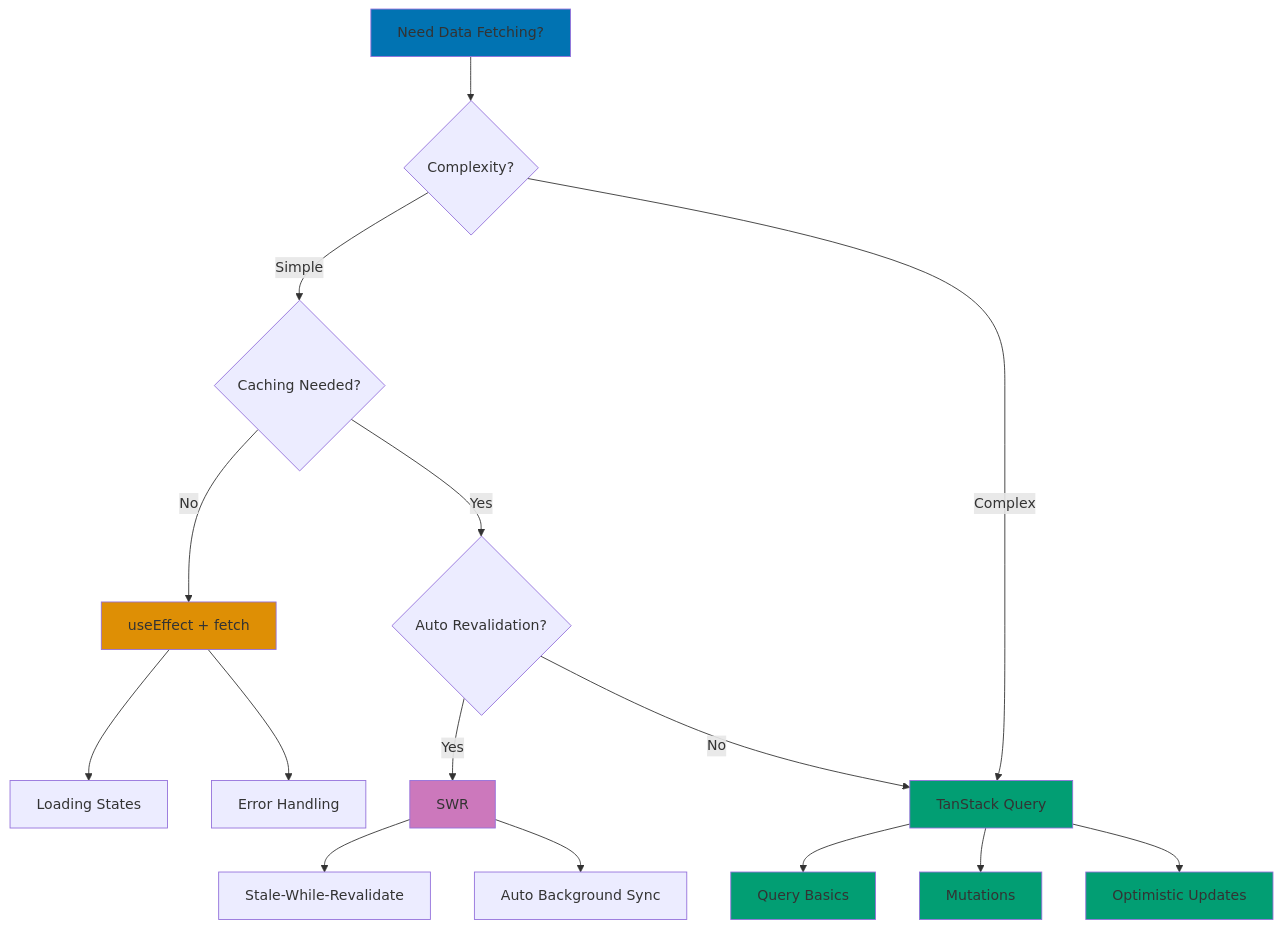
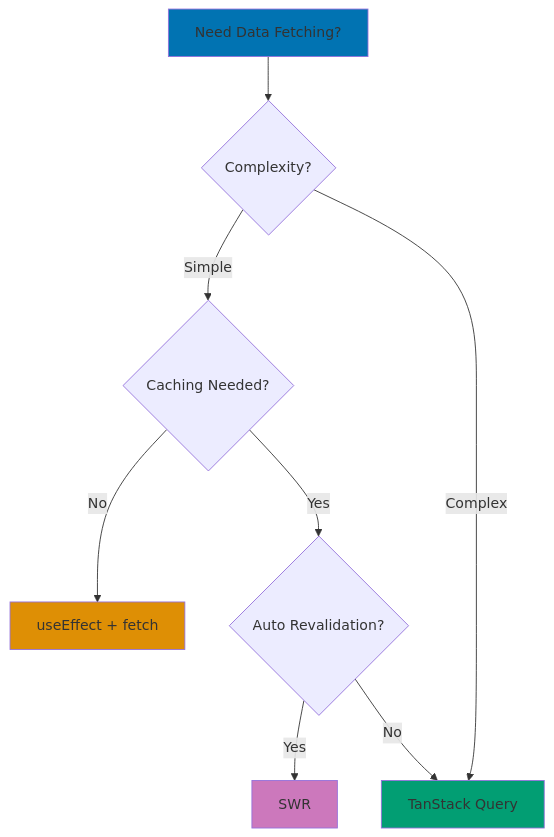
One commit to wahidyankf/ose-primer changed the first of 3 diagrams in docs/explanation/software-engineering/platform-web/tools/fe-react/data-fetching.md. Above: the diagram before and after it, drawn with Mermaid. The commit also changed other lines of this file and 7 other files, not shown here.

Commit message:
fix(docs): fix mermaid violations in fe-react/ docs (batch 6/10)

````diff
--- a/docs/explanation/software-engineering/platform-web/tools/fe-react/data-fetching.md
+++ b/docs/explanation/software-engineering/platform-web/tools/fe-react/data-fetching.md
@@ -42,34 +42,18 @@
 ```mermaid
 %% Color Palette: Blue #0173B2, Orange #DE8F05, Teal #029E73, Purple #CC78BC
 %% All colors are color-blind friendly and meet WCAG AA contrast standards
 
 graph TD
     A[Need Data Fetching?] --> B{Complexity?}
-
     B -->|Simple| C{Caching Needed?}
     B -->|Complex| D[TanStack Query]
-
     C -->|No| E[useEffect + fetch]
     C -->|Yes| F{Auto Revalidation?}
-
     F -->|Yes| G[SWR]
     F -->|No| D
-
-    D --> H[Query Basics]
-    D --> I[Mutations]
-    D --> J[Optimistic Updates]
-
-    E --> K[Loading States]
-    E --> L[Error Handling]
-
-    G --> M[Stale-While-Revalidate]
-    G --> N[Auto Background Sync]
 
     style A fill:#0173B2
     style D fill:#029E73
     style E fill:#DE8F05
     style G fill:#CC78BC
-    style H fill:#029E73
-    style I fill:#029E73
-    style J fill:#029E73
 ```
````
